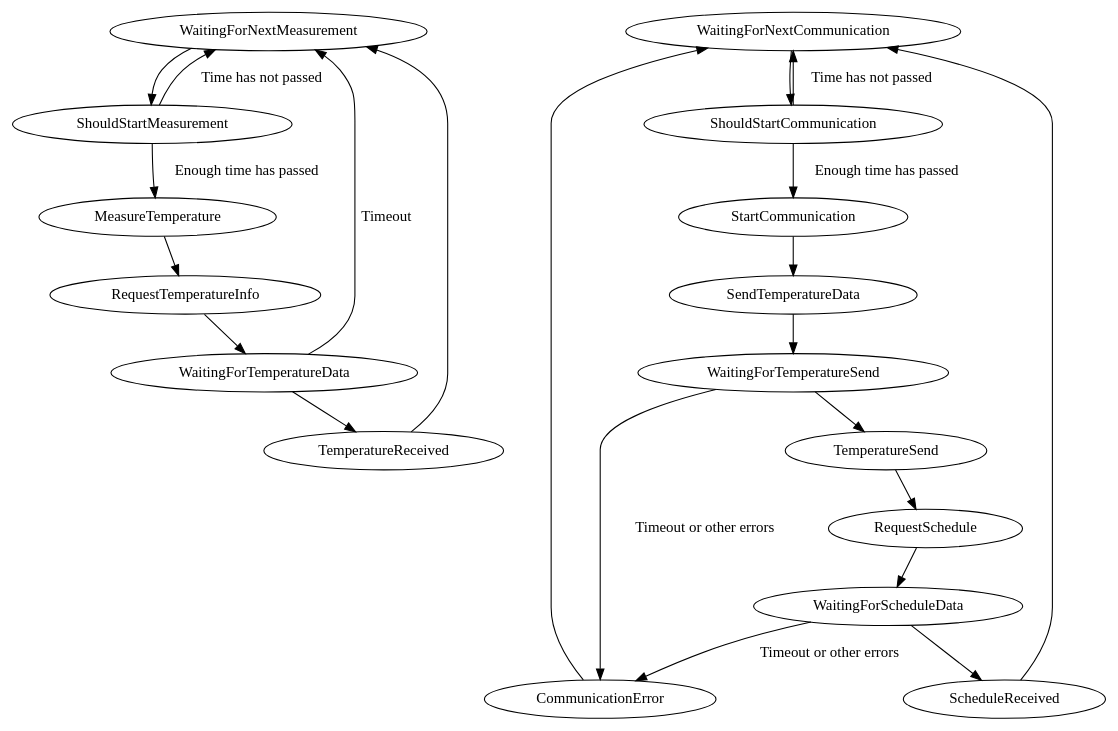
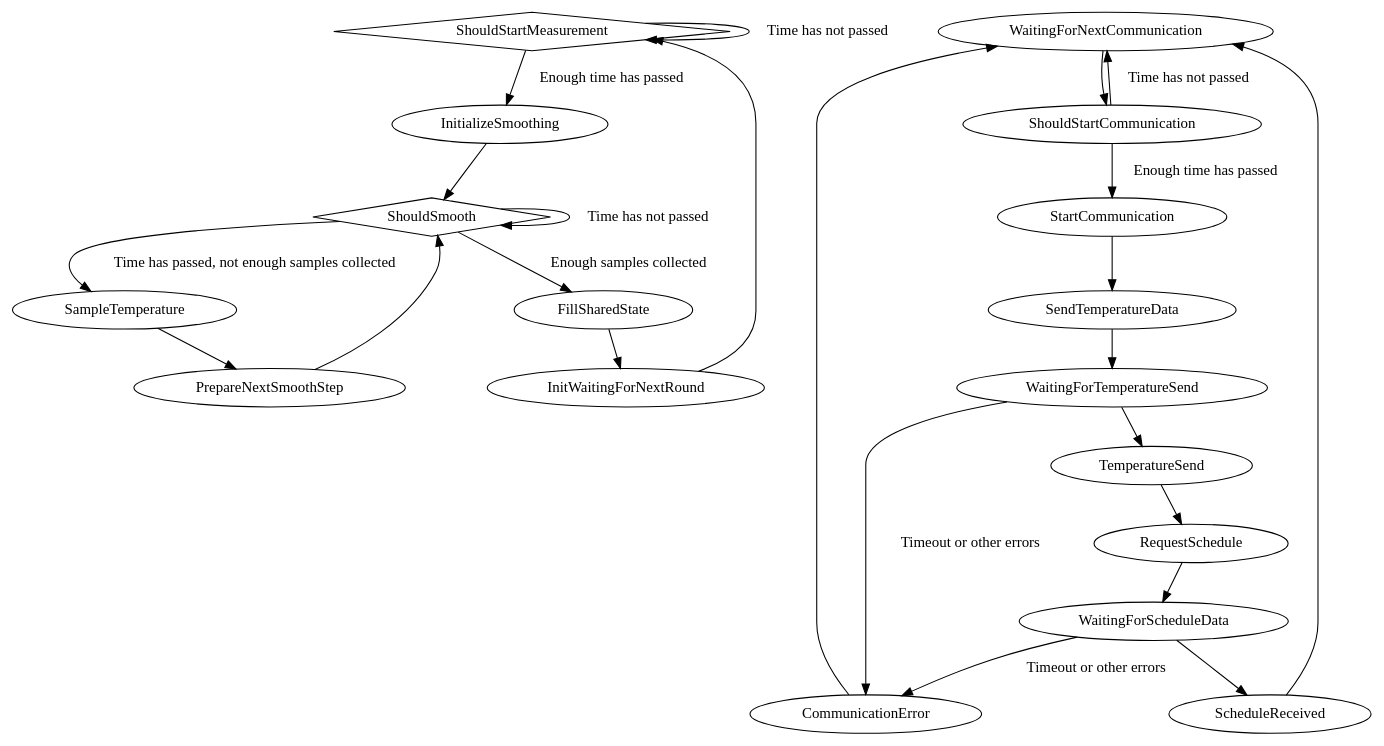
The diagram in Arduino/design/states.dot (DavyLandman/ardmostat), drawn with Graphviz before and after one commit.

Commit message:
Rewrote to describe the current temperature statemachine

```diff
--- a/Arduino/design/states.dot
+++ b/Arduino/design/states.dot
@@ -1,29 +1,36 @@
 digraph states {
 	// temperature measurement
-	WaitingForNextMeasurement -> ShouldStartMeasurement
-	ShouldStartMeasurement -> WaitingForNextMeasurement [label="Time has not passed"]
-	ShouldStartMeasurement -> MeasureTemperature [label="Enough time has passed"]
-	MeasureTemperature -> RequestTemperatureInfo
-	RequestTemperatureInfo  -> WaitingForTemperatureData
-	WaitingForTemperatureData -> TemperatureReceived
-	WaitingForTemperatureData -> WaitingForNextMeasurement [label="Timeout"]
-	TemperatureReceived -> WaitingForNextMeasurement
+	ShouldStartMeasurement -> ShouldStartMeasurement [label="Time has not passed"]
+	ShouldStartMeasurement -> InitializeSmoothing [label="Enough time has passed"]
+	InitializeSmoothing -> ShouldSmooth
+
+	ShouldSmooth -> ShouldSmooth [label="Time has not passed"]
+	ShouldSmooth -> SampleTemperature [label="Time has passed, not enough samples collected"]
+	ShouldSmooth -> FillSharedState [label="Enough samples collected"]
+
+	SampleTemperature -> PrepareNextSmoothStep
+	PrepareNextSmoothStep -> ShouldSmooth
+	FillSharedState -> InitWaitingForNextRound
+	InitWaitingForNextRound -> ShouldStartMeasurement
+
+	ShouldStartMeasurement [shape=diamond]
+	ShouldSmooth [shape=diamond]
 
 	// communicate with server
 	WaitingForNextCommunication -> ShouldStartCommunication
 	ShouldStartCommunication -> WaitingForNextCommunication [label="Time has not passed"]
 	ShouldStartCommunication -> StartCommunication [label="Enough time has passed"]
 	StartCommunication -> SendTemperatureData
 	SendTemperatureData -> WaitingForTemperatureSend
 	WaitingForTemperatureSend -> CommunicationError [label="Timeout or	other errors"]
 	WaitingForTemperatureSend -> TemperatureSend
 	TemperatureSend -> RequestSchedule
 	RequestSchedule -> WaitingForScheduleData
 	WaitingForScheduleData -> CommunicationError [label="Timeout or	other errors"]
 	WaitingForScheduleData -> ScheduleReceived
 	ScheduleReceived -> WaitingForNextCommunication
 	CommunicationError -> WaitingForNextCommunication 
 
 	// execute schedule
 
 }
```
